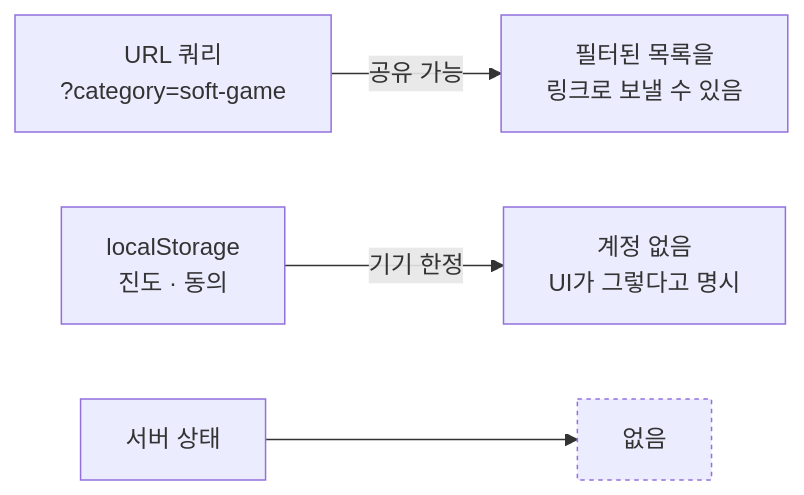
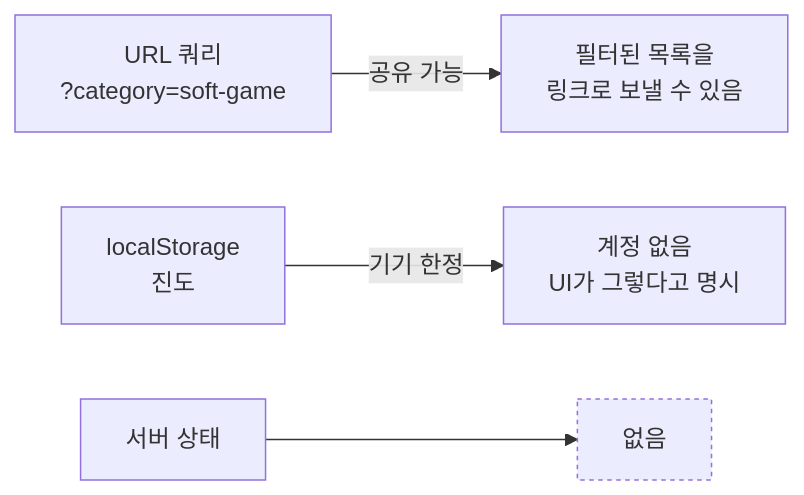
The sixth of 8 diagrams in docs/ARCHITECTURE.md (sehyunnoh/pickleball), drawn with Mermaid before and after one commit. The commit also changed other lines of this file and 14 other files, not shown here.

````diff
--- a/docs/ARCHITECTURE.md
+++ b/docs/ARCHITECTURE.md
@@ -194,8 +196,8 @@
 ```mermaid
 flowchart LR
     URL["URL 쿼리<br/>?category=soft-game"] -->|공유 가능| SHARE["필터된 목록을<br/>링크로 보낼 수 있음"]
-    LS["localStorage<br/>진도 · 동의"] -->|기기 한정| DEVICE["계정 없음<br/>UI가 그렇다고 명시"]
+    LS["localStorage<br/>진도"] -->|기기 한정| DEVICE["계정 없음<br/>UI가 그렇다고 명시"]
     NONE2["서버 상태"] --> ZERO["없음"]
 
     style ZERO stroke-dasharray: 3 3
 ```
````
